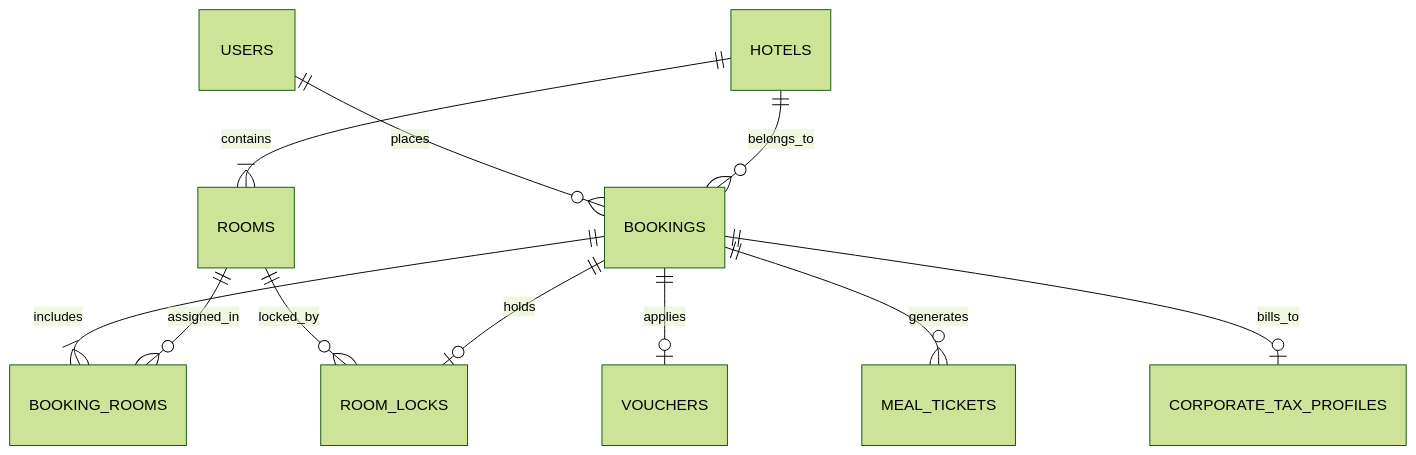
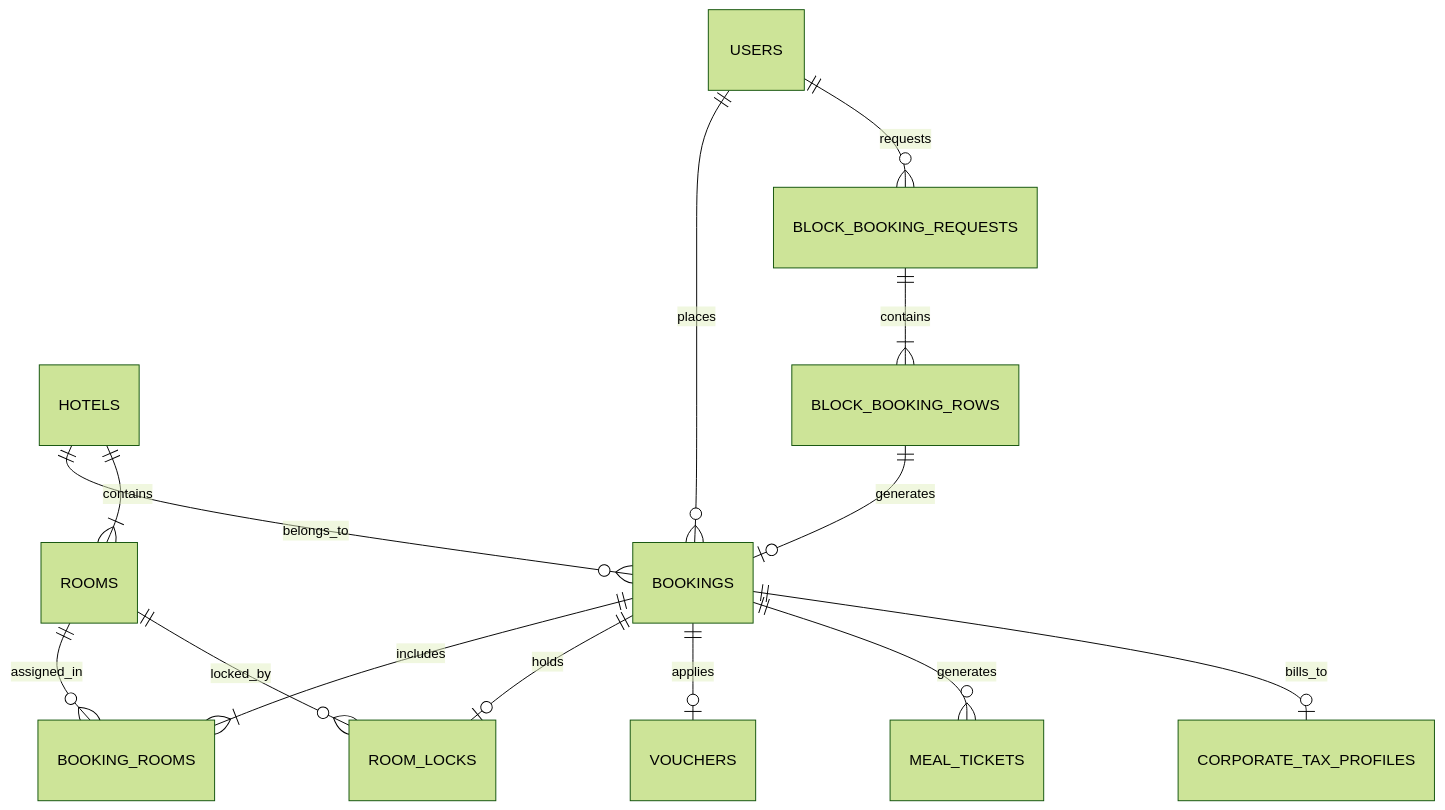
The diagram in specs/003-booking-management/spec.md (Minmin1426/hotel-booking-system), drawn with Mermaid (forest theme) before and after one commit. The commit also changed other lines of this file and 5 other files, not shown here.

````diff
--- a/specs/003-booking-management/spec.md
+++ b/specs/003-booking-management/spec.md
@@ -81,13 +92,16 @@
 ```mermaid
 erDiagram
     USERS ||--o{ BOOKINGS : "places"
+    USERS ||--o{ BLOCK_BOOKING_REQUESTS : "requests"
     HOTELS ||--o{ BOOKINGS : "belongs_to"
     HOTELS ||--|{ ROOMS : "contains"
     BOOKINGS ||--|{ BOOKING_ROOMS : "includes"
     ROOMS ||--o{ BOOKING_ROOMS : "assigned_in"
     ROOMS ||--o{ ROOM_LOCKS : "locked_by"
     BOOKINGS ||--o| ROOM_LOCKS : "holds"
     BOOKINGS ||--o| VOUCHERS : "applies"
     BOOKINGS ||--o{ MEAL_TICKETS : "generates"
     BOOKINGS ||--o| CORPORATE_TAX_PROFILES : "bills_to"
+    BLOCK_BOOKING_REQUESTS ||--|{ BLOCK_BOOKING_ROWS : "contains"
+    BLOCK_BOOKING_ROWS ||--o| BOOKINGS : "generates"
 ```
````
